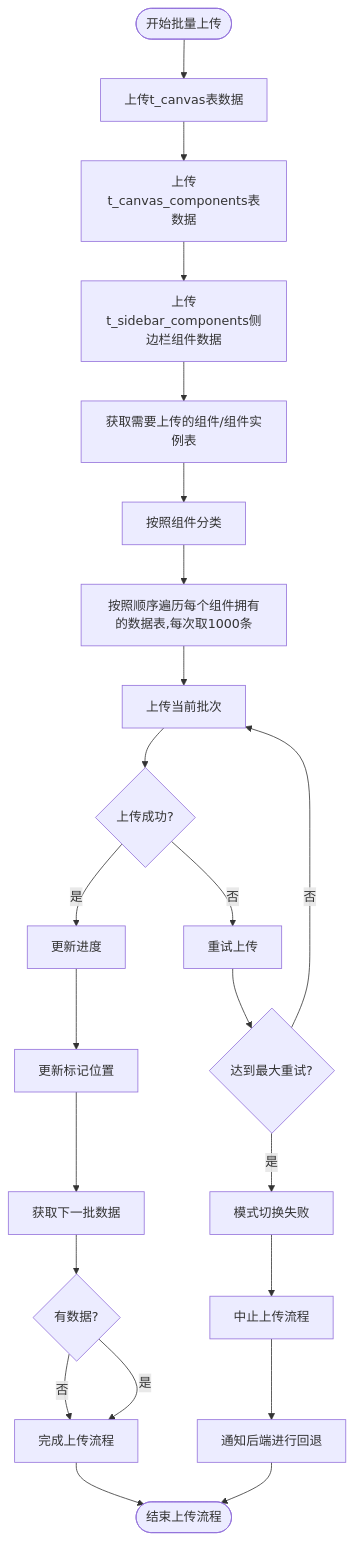
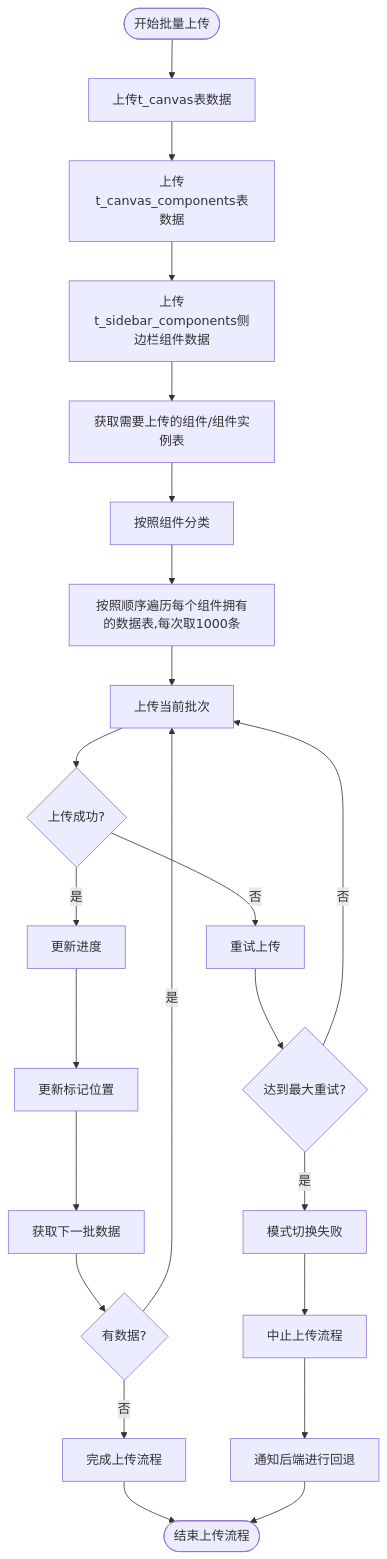
Before and after one commit to yingjianzh/iodraw-files: the diagram in all/未命名-51.md, drawn with Mermaid.

Commit message:
2025-05-08 17:37:53 update

````diff
--- a/all/未命名-51.md
+++ b/all/未命名-51.md
@@ -1,32 +1,32 @@
 ```mermaid
 flowchart TD
     Start([开始批量上传]) --> UploadSpaceData[上传t_canvas表数据]
     UploadSpaceData --> UploadComponentListData[上传t_canvas_components表数据]
     UploadComponentListData --> UploadSiderComponent[上传t_sidebar_components侧边栏组件数据]
     UploadSiderComponent --> FetchData[获取需要上传的组件/组件实例表]
     FetchData --> ClassifyData[按照组件分类]
     ClassifyData --> UploadData[按照顺序遍历每个组件拥有的数据表,每次取1000条]
     UploadData --> UploadBatch[上传当前批次]
     
     UpdateProgress --> UpdateMarker[更新标记位置]
     UpdateMarker --> FetchNextBatch[获取下一批数据]
     
     FetchNextBatch --> CheckResults{有数据?}
     CheckResults -->|否| CompleteUpload[完成上传流程]
-    CheckResults -->|是| CompleteUpload[完成上传流程]
+    CheckResults -->|是| UploadBatch
 
     
     UploadBatch --> UploadSuccess{上传成功?}
     UploadSuccess -->|是| UpdateProgress[更新进度]
     UploadSuccess -->|否| RetryUpload[重试上传]
     
     RetryUpload --> MaxRetries{达到最大重试?}
     MaxRetries -->|否| UploadBatch
     MaxRetries -->|是| ErrorHandling[模式切换失败]
     
     ErrorHandling --> AbortProcess[中止上传流程]
     AbortProcess --> ReportError[通知后端进行回退]
     
     CompleteUpload --> End([结束上传流程])
     ReportError --> End
 ```
````
